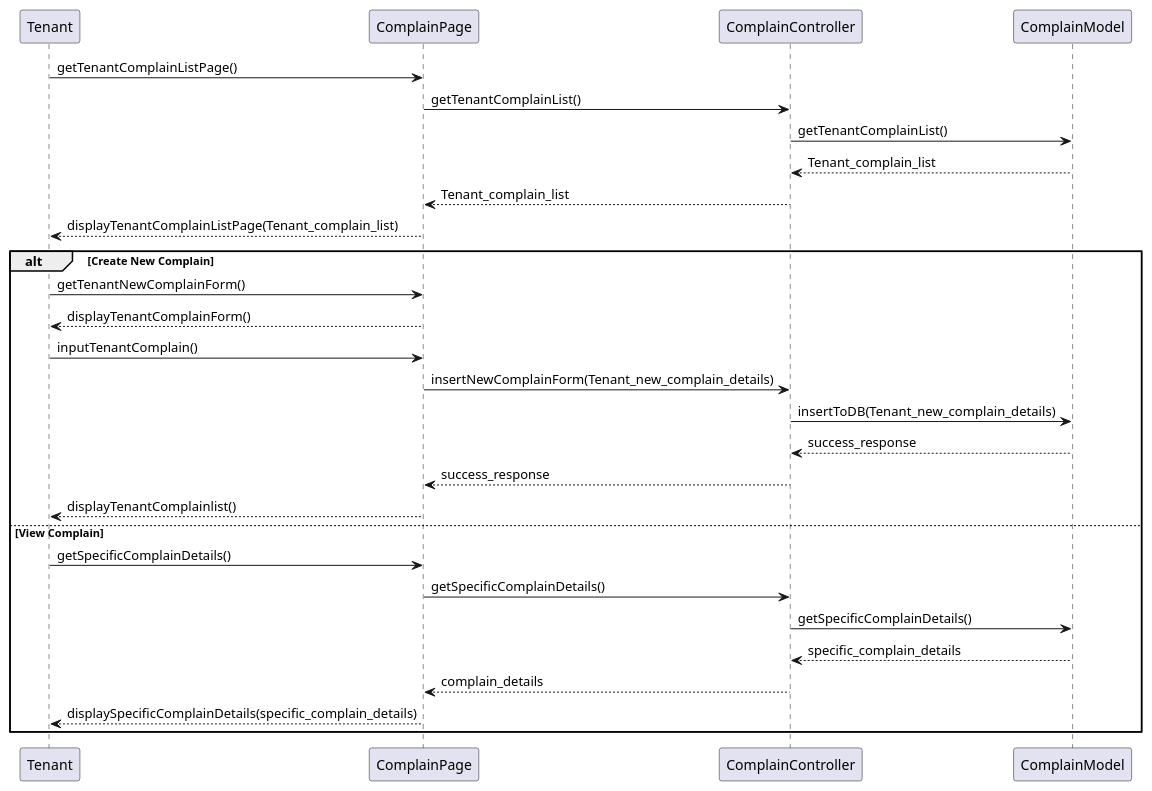
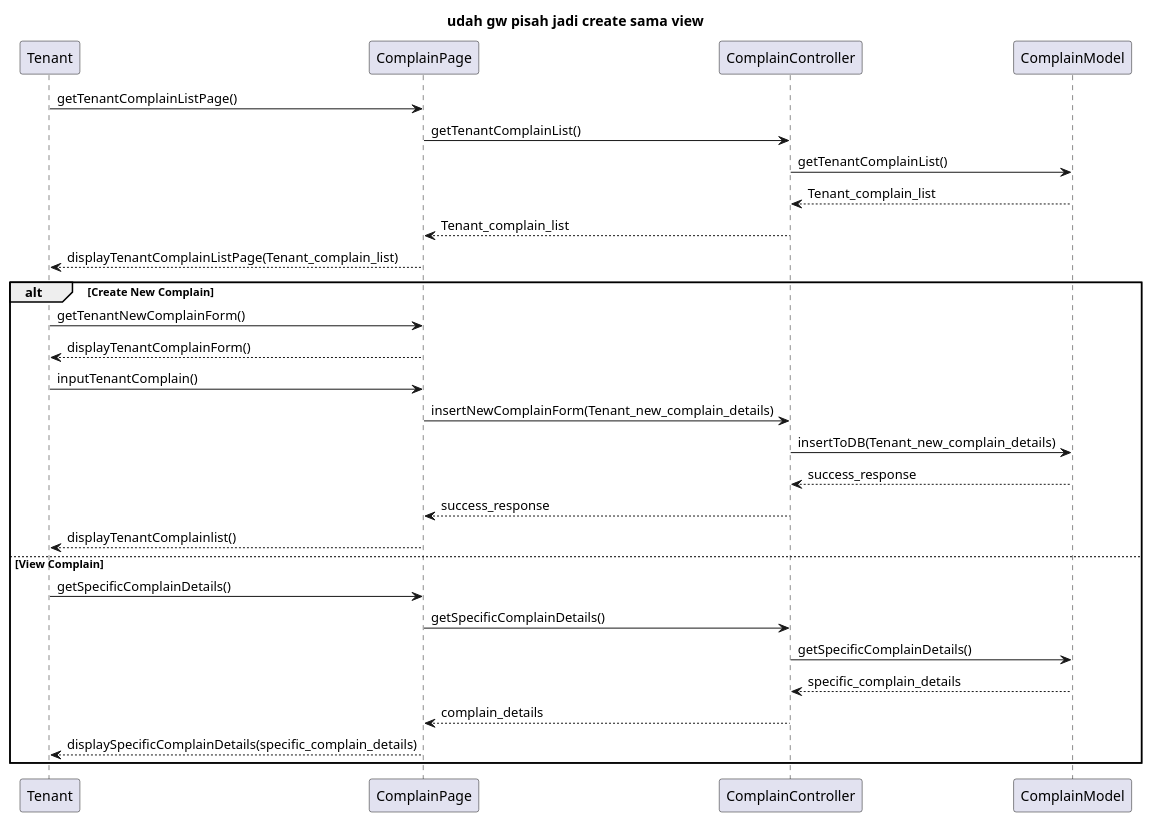
Before and after one commit to AntWort21/BHFMS: the diagram in Design/BHFMS_SEQUENCE/Complain.puml, drawn with PlantUML. The commit also changed 34 other files, not shown here.

Commit message:
added title in sequence and activity diagram based on use case description, separated a few diagram

```diff
--- a/Design/BHFMS_SEQUENCE/Complain.puml
+++ b/Design/BHFMS_SEQUENCE/Complain.puml
@@ -1,28 +1,29 @@
 @startuml
+title udah gw pisah jadi create sama view
 Tenant -> ComplainPage: getTenantComplainListPage()
 ComplainPage -> ComplainController: getTenantComplainList()
 ComplainController -> ComplainModel: getTenantComplainList()
 ComplainController <-- ComplainModel: Tenant_complain_list
 ComplainPage <-- ComplainController: Tenant_complain_list
 Tenant <-- ComplainPage: displayTenantComplainListPage(Tenant_complain_list)
 
 alt Create New Complain
 
     Tenant -> ComplainPage: getTenantNewComplainForm()
     Tenant <-- ComplainPage: displayTenantComplainForm()
     Tenant -> ComplainPage: inputTenantComplain()
     ComplainPage -> ComplainController: insertNewComplainForm(Tenant_new_complain_details)
     ComplainController -> ComplainModel: insertToDB(Tenant_new_complain_details)
     ComplainController <-- ComplainModel: success_response
     ComplainPage <-- ComplainController: success_response
     Tenant <-- ComplainPage: displayTenantComplainlist()
 else View Complain
 
     Tenant -> ComplainPage: getSpecificComplainDetails()
     ComplainPage -> ComplainController: getSpecificComplainDetails()
     ComplainController -> ComplainModel: getSpecificComplainDetails()
     ComplainController <-- ComplainModel: specific_complain_details
     ComplainPage <-- ComplainController: complain_details
     Tenant <-- ComplainPage: displaySpecificComplainDetails(specific_complain_details)
 end
 @enduml
```
